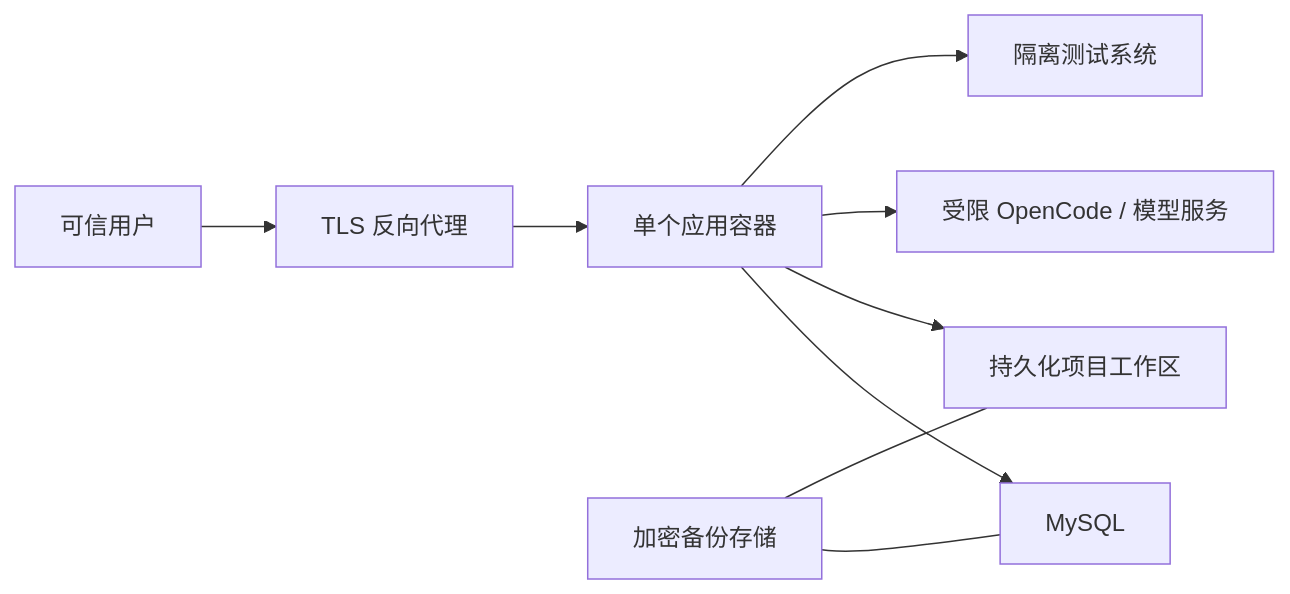
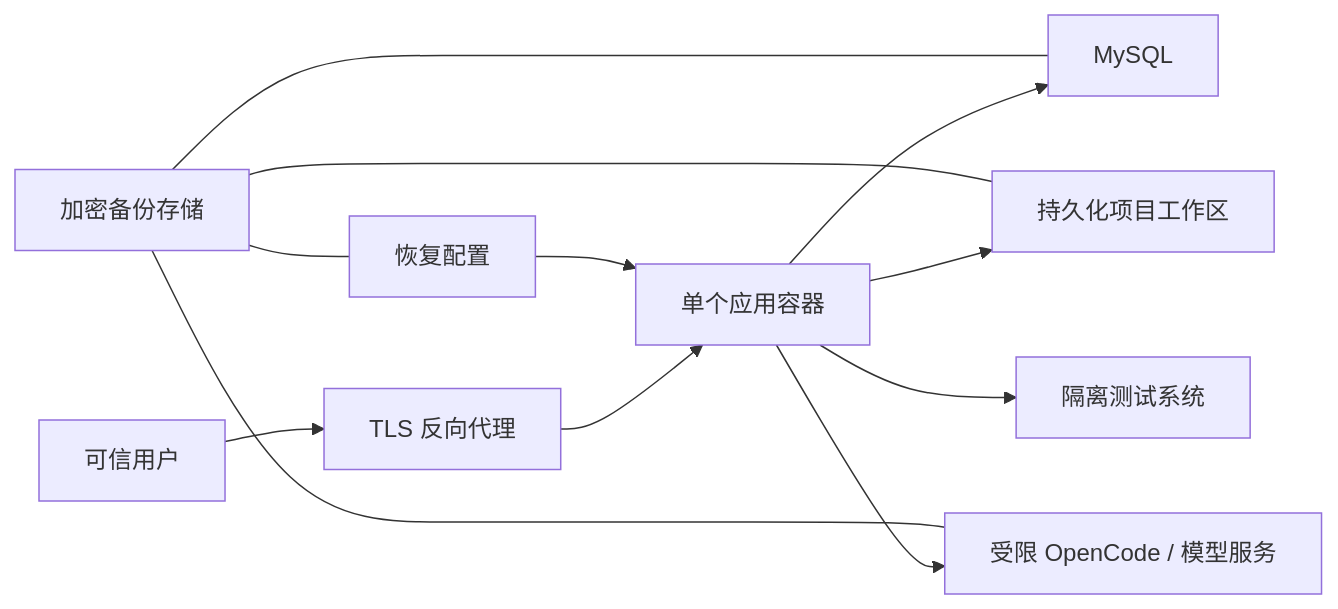
One commit to jiongfeng/waterfall-ai-test-platform changed the diagram in docs/deployment.md. Above: the diagram before and after it, drawn with Mermaid. The commit also changed other lines of this file and 78 other files, not shown here.

````diff
--- a/docs/deployment.md
+++ b/docs/deployment.md
@@ -13,11 +16,14 @@
 ```mermaid
 flowchart LR
     User["可信用户"] --> Proxy["TLS 反向代理"]
     Proxy --> App["单个应用容器"]
     App --> DB["MySQL"]
     App --> Workspaces["持久化项目工作区"]
     App --> Model["受限 OpenCode / 模型服务"]
     App --> Target["隔离测试系统"]
+    Config["恢复配置"] --> App
     Backup["加密备份存储"] --- DB
     Backup --- Workspaces
+    Backup --- Model
+    Backup --- Config
 ```
````
